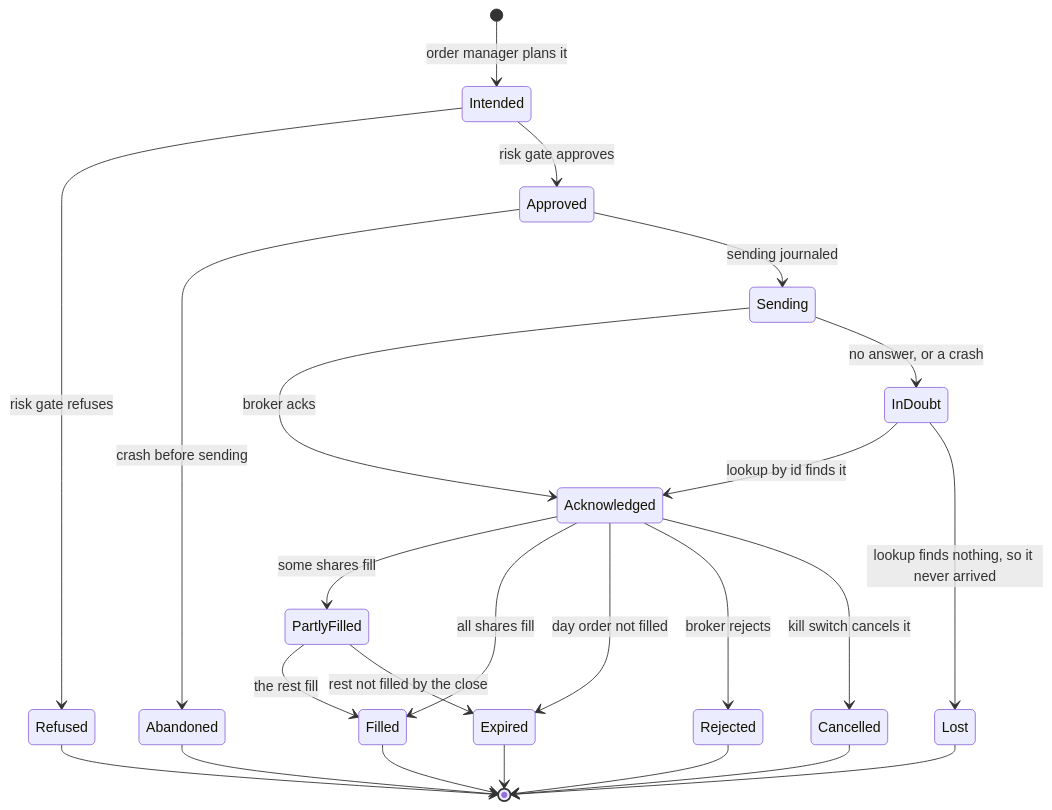
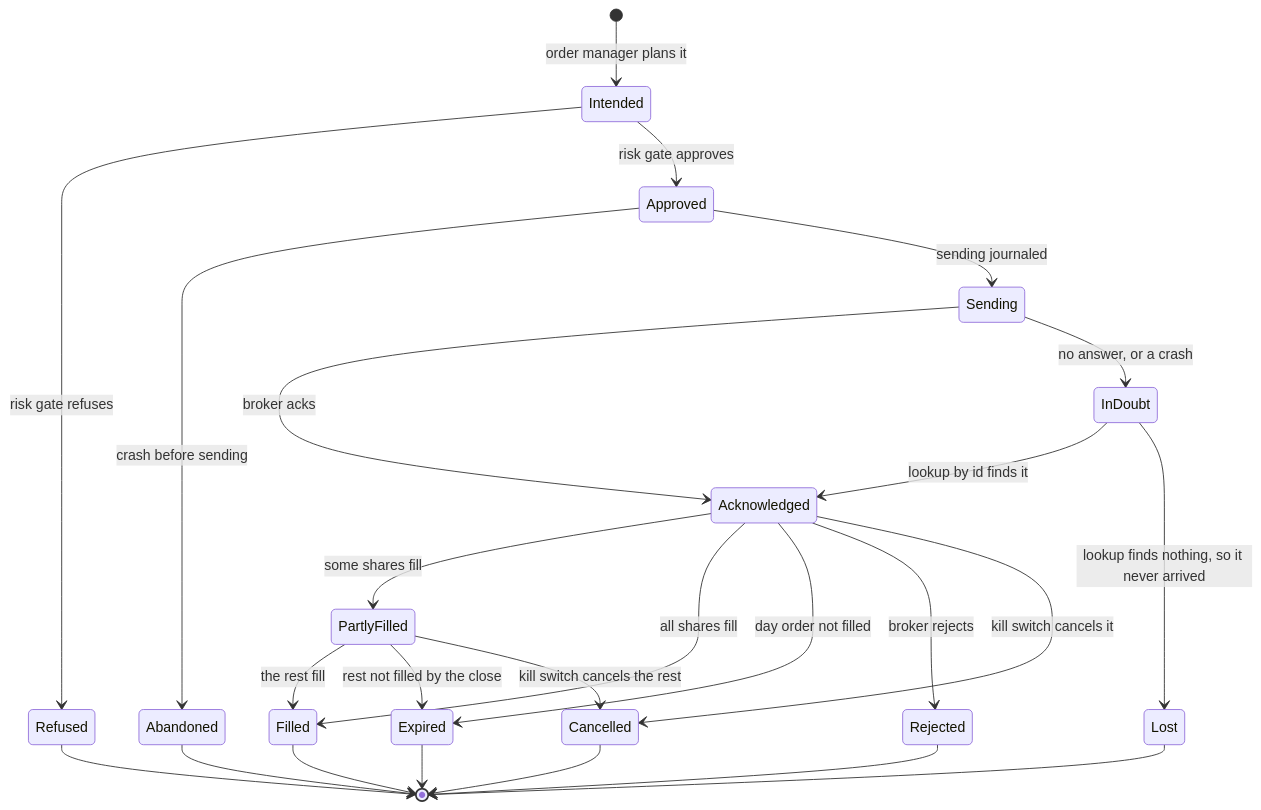
Before and after one commit to l3a0/ithildin-runtime: diagram 12 of 16 in docs/architecture.md, drawn with Mermaid. The commit also changed other lines of this file, not shown here.

First line of the commit message:
docs(architecture): fix what the second review round found

````diff
--- a/docs/architecture.md
+++ b/docs/architecture.md
@@ -772,26 +828,27 @@
 ```mermaid
 stateDiagram-v2
     [*] --> Intended: order manager plans it
     Intended --> Refused: risk gate refuses
     Intended --> Approved: risk gate approves
     Approved --> Abandoned: crash before sending
     Approved --> Sending: sending journaled
     Sending --> Acknowledged: broker acks
     Sending --> InDoubt: no answer, or a crash
     InDoubt --> Acknowledged: lookup by id finds it
     InDoubt --> Lost: lookup finds nothing, so it never arrived
     Acknowledged --> PartlyFilled: some shares fill
     PartlyFilled --> Filled: the rest fill
     Acknowledged --> Filled: all shares fill
     Acknowledged --> Expired: day order not filled
     PartlyFilled --> Expired: rest not filled by the close
     Acknowledged --> Rejected: broker rejects
     Acknowledged --> Cancelled: kill switch cancels it
+    PartlyFilled --> Cancelled: kill switch cancels the rest
     Refused --> [*]
     Abandoned --> [*]
     Lost --> [*]
     Filled --> [*]
     Expired --> [*]
     Rejected --> [*]
     Cancelled --> [*]
 ```
````
